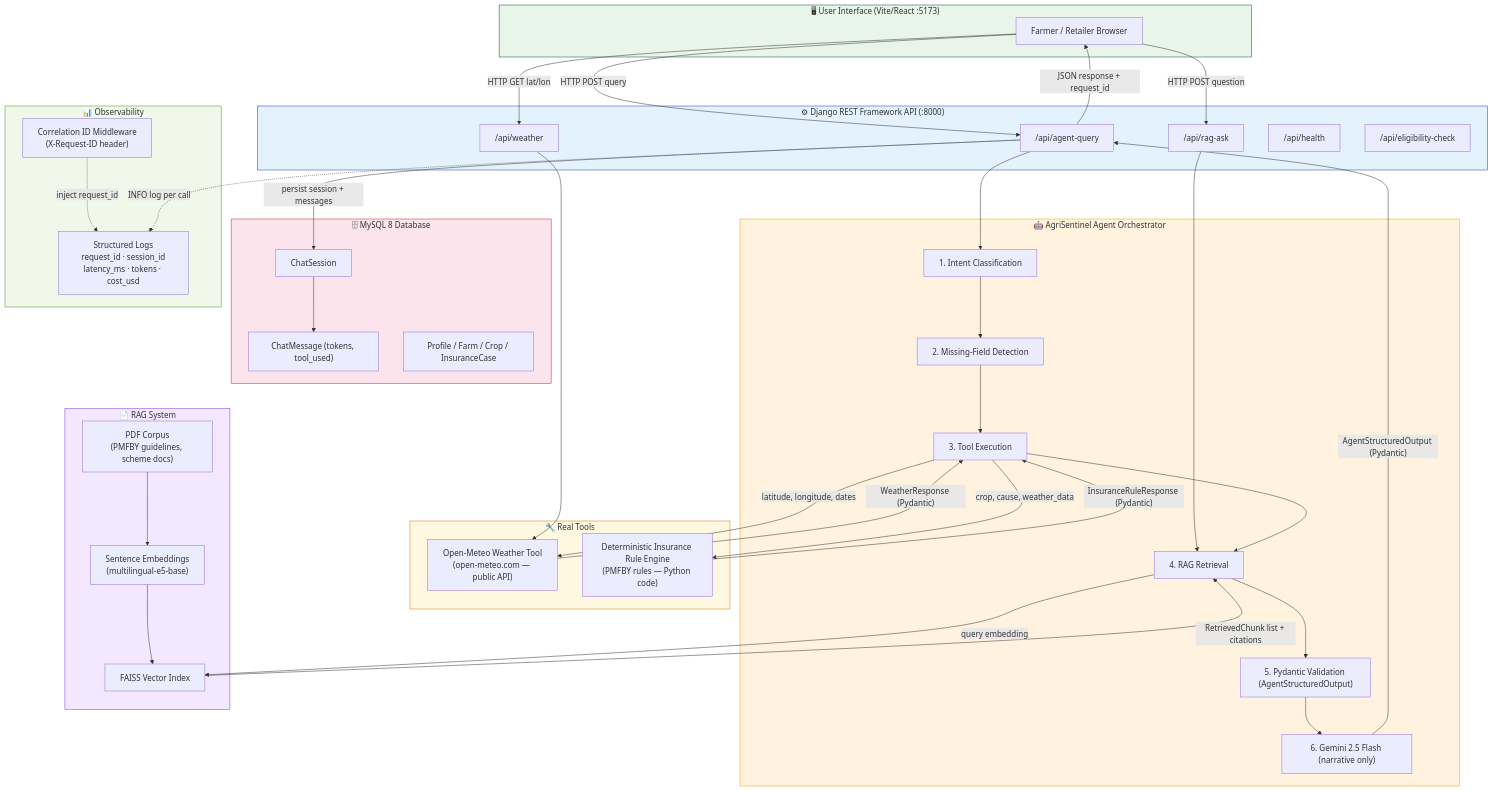
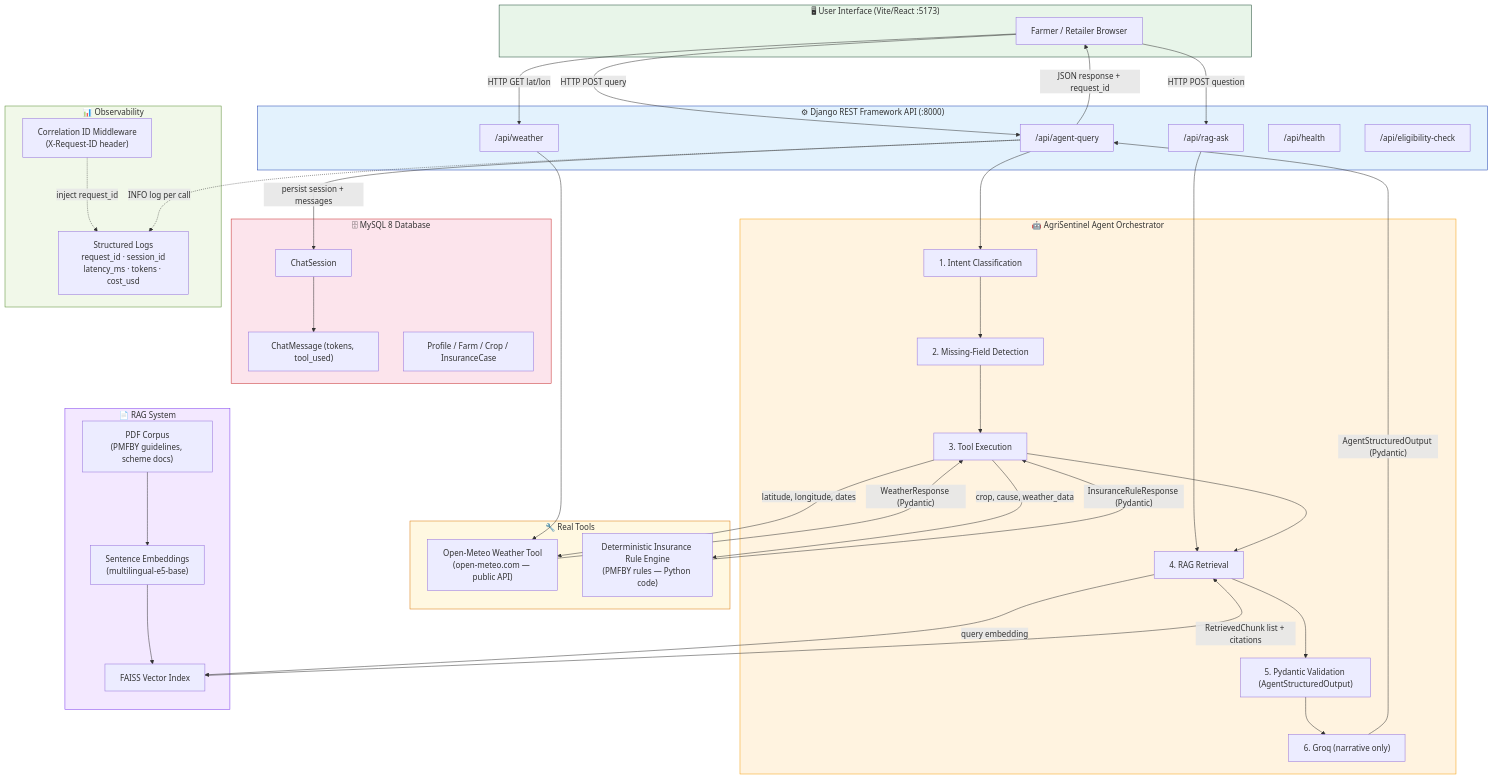
The diagram in docs/architecture.mmd (sayanthkrishna321-design/agri), drawn with Mermaid before and after one commit. The commit also changed 39 other files, not shown here.

```diff
--- a/docs/architecture.mmd
+++ b/docs/architecture.mmd
@@ -1,80 +1,80 @@
 graph TD
     subgraph UI["🖥 User Interface (Vite/React :5173)"]
         FE["Farmer / Retailer Browser"]
     end
 
     subgraph API["⚙ Django REST Framework API (:8000)"]
         EP1["/api/agent-query"]
         EP2["/api/rag-ask"]
         EP3["/api/weather"]
         EP4["/api/health"]
         EP5["/api/eligibility-check"]
     end
 
     subgraph AGENT["🤖 AgriSentinel Agent Orchestrator"]
         IC["1. Intent Classification"]
         MF["2. Missing-Field Detection"]
         TE["3. Tool Execution"]
         RR["4. RAG Retrieval"]
         PV["5. Pydantic Validation (AgentStructuredOutput)"]
-        GN["6. Gemini 2.5 Flash (narrative only)"]
+        GN["6. Groq (narrative only)"]
     end
 
     subgraph TOOLS["🔧 Real Tools"]
         WT["Open-Meteo Weather Tool\n(open-meteo.com — public API)"]
         IE["Deterministic Insurance Rule Engine\n(PMFBY rules — Python code)"]
     end
 
     subgraph RAG["📄 RAG System"]
         FAISS["FAISS Vector Index"]
         CORPUS["PDF Corpus\n(PMFBY guidelines, scheme docs)"]
         EMB["Sentence Embeddings\n(multilingual-e5-base)"]
     end
 
     subgraph DB["🗄 MySQL 8 Database"]
         CS["ChatSession"]
         CM["ChatMessage (tokens, tool_used)"]
         MODELS["Profile / Farm / Crop / InsuranceCase"]
     end
 
     subgraph OBS["📊 Observability"]
         LOGS["Structured Logs\nrequest_id · session_id\nlatency_ms · tokens · cost_usd"]
         CID["Correlation ID Middleware\n(X-Request-ID header)"]
     end
 
     FE -->|"HTTP POST query"| EP1
     FE -->|"HTTP POST question"| EP2
     FE -->|"HTTP GET lat/lon"| EP3
 
     EP1 --> IC
     EP2 --> RR
     EP3 --> WT
 
     IC --> MF
     MF --> TE
     TE -->|"latitude, longitude, dates"| WT
     TE -->|"crop, cause, weather_data"| IE
     WT -->|"WeatherResponse (Pydantic)"| TE
     IE -->|"InsuranceRuleResponse (Pydantic)"| TE
     TE --> RR
     RR -->|"query embedding"| FAISS
     CORPUS --> EMB --> FAISS
     FAISS -->|"RetrievedChunk list + citations"| RR
     RR --> PV
     PV --> GN
     GN -->|"AgentStructuredOutput (Pydantic)"| EP1
 
     EP1 -->|"persist session + messages"| CS
     CS --> CM
 
     EP1 -->|"JSON response + request_id"| FE
     CID -.->|"inject request_id"| LOGS
     EP1 -.->|"INFO log per call"| LOGS
 
     style UI fill:#e8f5e9,stroke:#1a4731
     style API fill:#e3f2fd,stroke:#1e40af
     style AGENT fill:#fff3e0,stroke:#f59e0b
     style TOOLS fill:#fff8e1,stroke:#d97706
     style RAG fill:#f3e8ff,stroke:#7c3aed
     style DB fill:#fce4ec,stroke:#c62828
     style OBS fill:#f1f8e9,stroke:#558b2f
```
